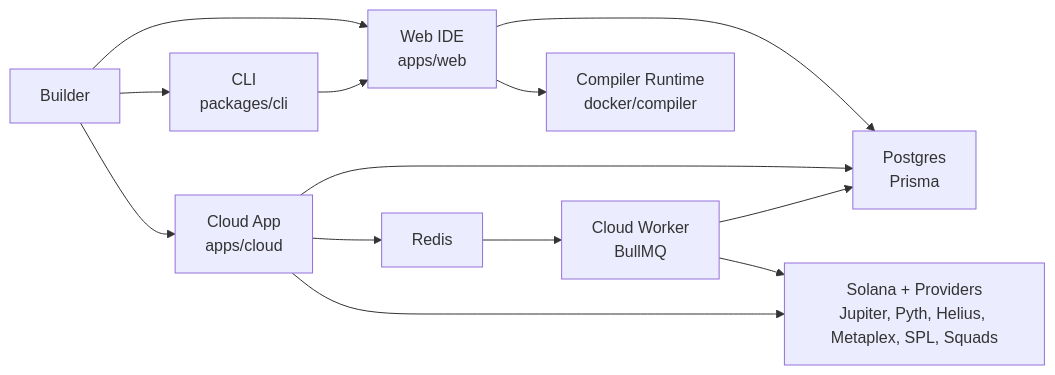
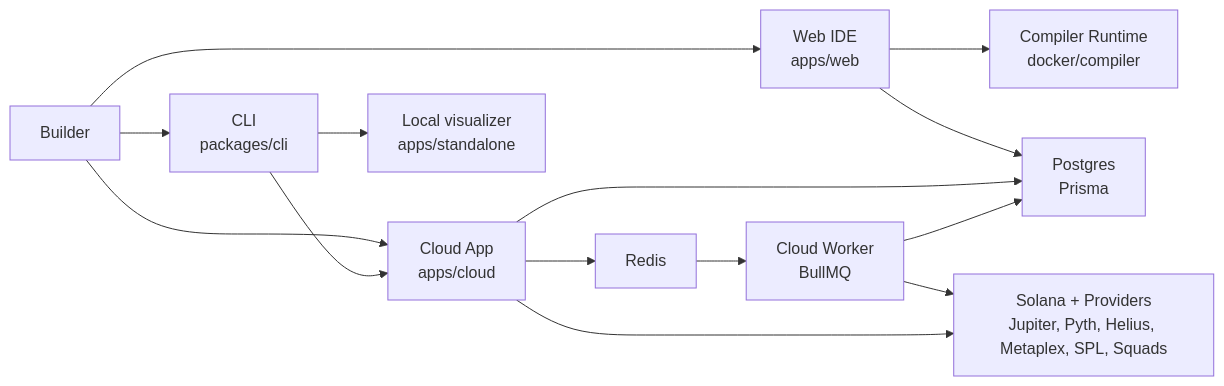
One commit to skartik-sk/solflow changed the diagram in README.md. Above: the diagram before and after it, drawn with Mermaid. The commit also changed other lines of this file and 3 other files, not shown here.

````diff
--- a/README.md
+++ b/README.md
@@ -42,25 +230,27 @@
 ```mermaid
 flowchart LR
   User["Builder"]
   Web["Web IDE\napps/web"]
   Cloud["Cloud App\napps/cloud"]
   Worker["Cloud Worker\nBullMQ"]
   Compiler["Compiler Runtime\ndocker/compiler"]
   DB["Postgres\nPrisma"]
   Redis["Redis"]
   Providers["Solana + Providers\nJupiter, Pyth, Helius, Metaplex, SPL, Squads"]
   CLI["CLI\npackages/cli"]
+  Viz["Local visualizer\napps/standalone"]
 
   User --> Web
   User --> Cloud
   User --> CLI
+  CLI --> Viz
+  CLI --> Cloud
   Web --> Compiler
   Web --> DB
   Cloud --> DB
   Cloud --> Redis
   Redis --> Worker
   Worker --> DB
   Worker --> Providers
   Cloud --> Providers
-  CLI --> Web
 ```
````
